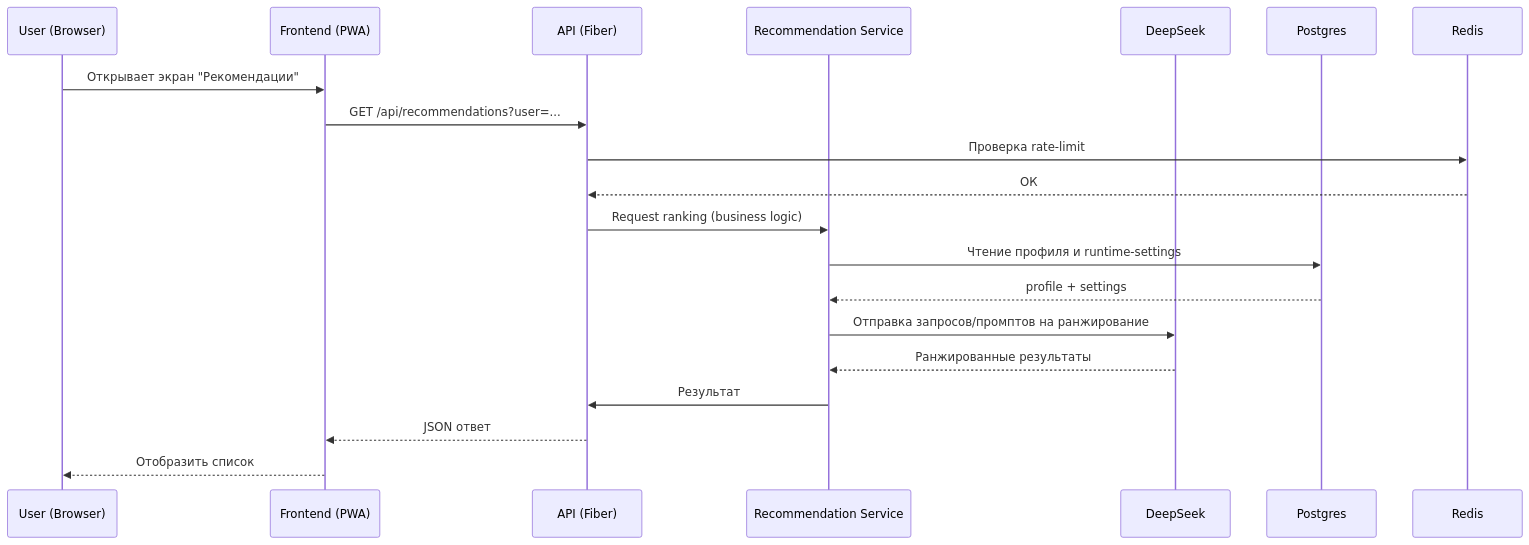
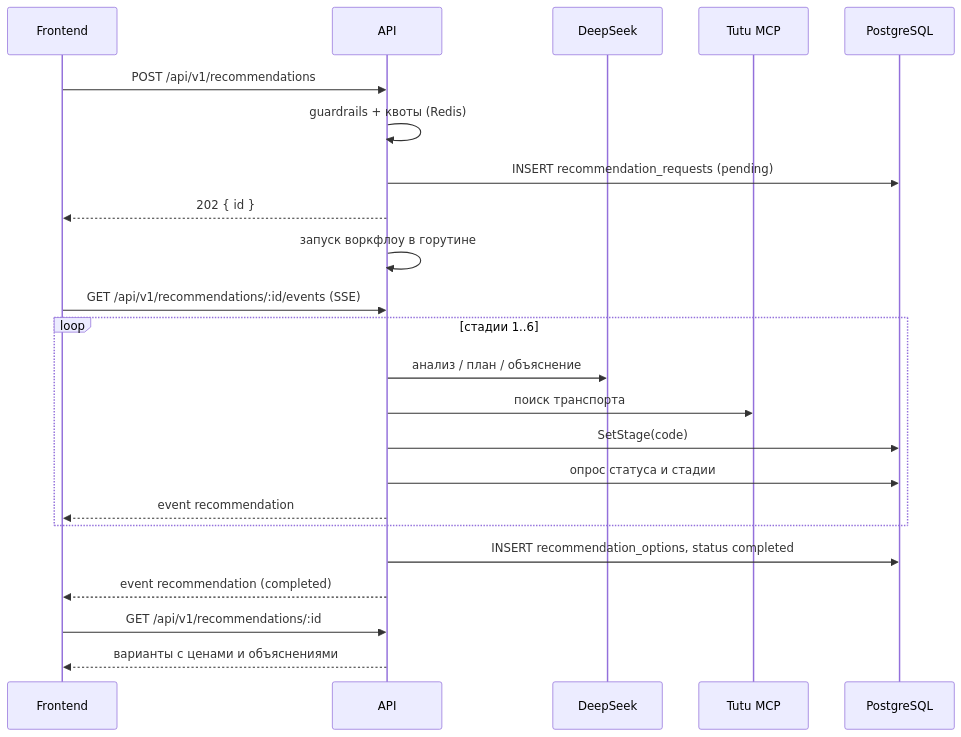
Before and after one commit to Zimnyles/tutu-hack-2026: the fifth of 5 diagrams in README.md, drawn with Mermaid. The commit also changed other lines of this file, not shown here.

````diff
--- a/README.md
+++ b/README.md
@@ -222,23 +261,26 @@
 ```mermaid
 sequenceDiagram
-	participant U as User (Browser)
-	participant F as Frontend (PWA)
-	participant A as API (Fiber)
-	participant S as Recommendation Service
-	participant D as DeepSeek
-	participant DB as Postgres
-	participant R as Redis
+    participant F as Frontend
+    participant A as API
+    participant AI as DeepSeek
+    participant T as Tutu MCP
+    participant DB as PostgreSQL
 
-	U->>F: Открывает экран "Рекомендации"
-	F->>A: GET /api/recommendations?user=...
-	A->>R: Проверка rate-limit
-	R-->>A: ОК
-	A->>S: Request ranking (business logic)
-	S->>DB: Чтение профиля и runtime-settings
-	DB-->>S: profile + settings
-	S->>D: Отправка запросов/промптов на ранжирование
-	D-->>S: Ранжированные результаты
-	S->>A: Результат
-	A-->>F: JSON ответ
-	F-->>U: Отобразить список
+    F->>A: POST /api/v1/recommendations
+    A->>A: guardrails + квоты (Redis)
+    A->>DB: INSERT recommendation_requests (pending)
+    A-->>F: 202 { id }
+    A->>A: запуск воркфлоу в горутине
+    F->>A: GET /api/v1/recommendations/:id/events (SSE)
+    loop стадии 1..6
+        A->>AI: анализ / план / объяснение
+        A->>T: поиск транспорта
+        A->>DB: SetStage(code)
+        A->>DB: опрос статуса и стадии
+        A-->>F: event recommendation
+    end
+    A->>DB: INSERT recommendation_options, status completed
+    A-->>F: event recommendation (completed)
+    F->>A: GET /api/v1/recommendations/:id
+    A-->>F: варианты с ценами и объяснениями
 ```
````
